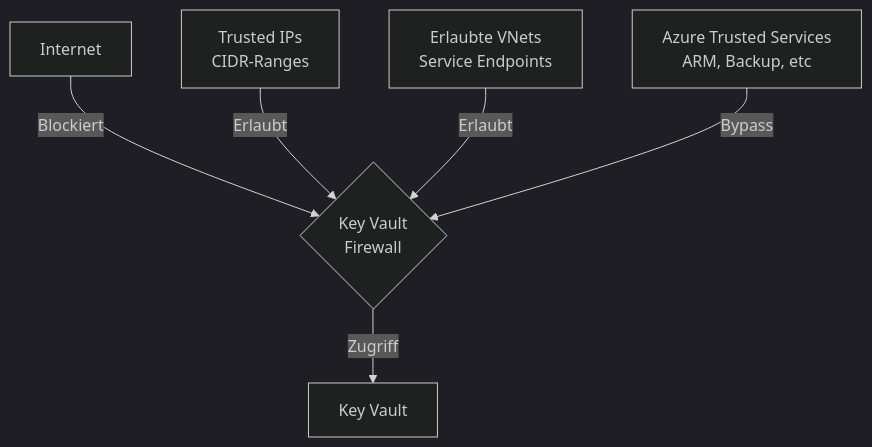
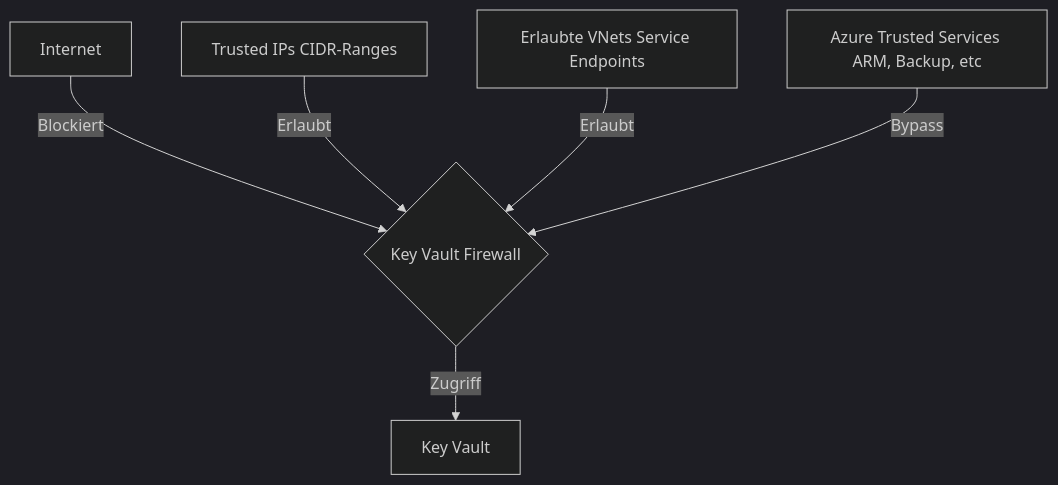
The fourth of 5 diagrams in Microsoft 365/Azure/Identität und Schlüssel/Azure Key Vault.md (SoniiiT/notes-n-docs), drawn with Mermaid (dark theme) before and after one commit. The commit also changed other lines of this file and 124 other files, not shown here.

First line of the commit message:
fix: Entferne \n aus allen Mermaid-Diagrammen (125 Dateien)

````diff
--- a/Microsoft 365/Azure/Identität und Schlüssel/Azure Key Vault.md
+++ b/Microsoft 365/Azure/Identität und Schlüssel/Azure Key Vault.md
@@ -199,8 +199,8 @@
 ```mermaid
 graph TD
-    INT[Internet] -->|Blockiert| FW{Key Vault\nFirewall}
-    TRUSTED[Trusted IPs\nCIDR-Ranges] -->|Erlaubt| FW
-    VNET[Erlaubte VNets\nService Endpoints] -->|Erlaubt| FW
-    MS[Azure Trusted Services\nARM, Backup, etc] -->|Bypass| FW
+    INT[Internet] -->|Blockiert| FW{Key Vault Firewall}
+    TRUSTED[Trusted IPs CIDR-Ranges] -->|Erlaubt| FW
+    VNET[Erlaubte VNets Service Endpoints] -->|Erlaubt| FW
+    MS[Azure Trusted Services ARM, Backup, etc] -->|Bypass| FW
     FW -->|Zugriff| KV[Key Vault]
 ```
````
